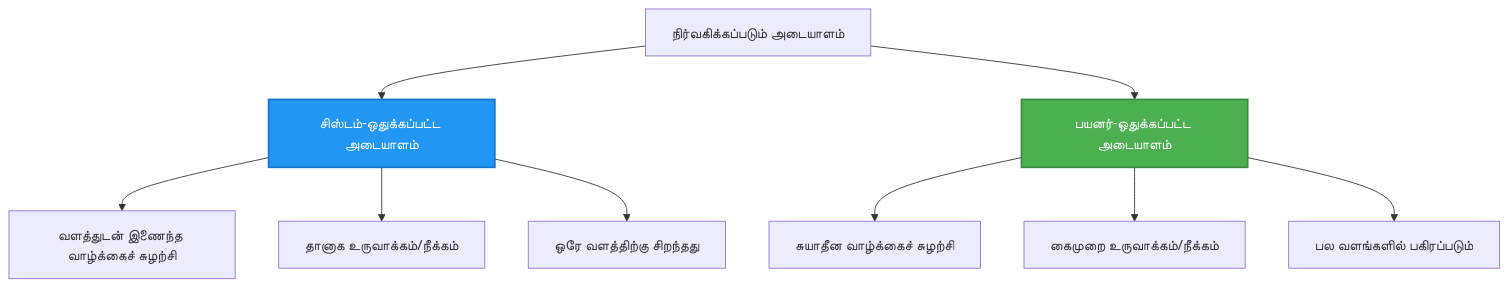
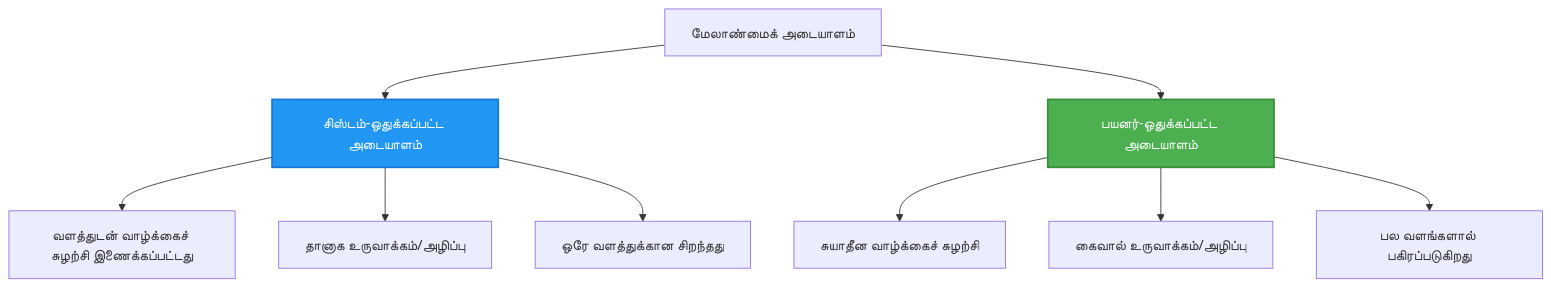
One commit to microsoft/AZD-for-beginners changed the second of 2 diagrams in translations/ta/docs/chapter-03-configuration/authsecurity.md. Above: the diagram before and after it, drawn with Mermaid. The commit also changed other lines of this file and 101 other files, not shown here.

````diff
--- a/translations/ta/docs/chapter-03-configuration/authsecurity.md
+++ b/translations/ta/docs/chapter-03-configuration/authsecurity.md
@@ -97,20 +97,20 @@
 ```mermaid
 graph TB
-    MI[நிர்வகிக்கப்படும் அடையாளம்]
+    MI[மேலாண்மைக் அடையாளம்]
     SystemAssigned[சிஸ்டம்-ஒதுக்கப்பட்ட அடையாளம்]
     UserAssigned[பயனர்-ஒதுக்கப்பட்ட அடையாளம்]
     
     MI --> SystemAssigned
     MI --> UserAssigned
     
-    SystemAssigned --> SA1[வளத்துடன் இணைந்த வாழ்க்கைச் சுழற்சி]
-    SystemAssigned --> SA2[தானாக உருவாக்கம்/நீக்கம்]
-    SystemAssigned --> SA3[ஒரே வளத்திற்கு சிறந்தது]
+    SystemAssigned --> SA1[வளத்துடன் வாழ்க்கைச் சுழற்சி இணைக்கப்பட்டது]
+    SystemAssigned --> SA2[தானாக உருவாக்கம்/அழிப்பு]
+    SystemAssigned --> SA3[ஒரே வளத்துக்கான சிறந்தது]
     
     UserAssigned --> UA1[சுயாதீன வாழ்க்கைச் சுழற்சி]
-    UserAssigned --> UA2[கைமுறை உருவாக்கம்/நீக்கம்]
-    UserAssigned --> UA3[பல வளங்களில் பகிரப்படும்]
+    UserAssigned --> UA2[கைவால் உருவாக்கம்/அழிப்பு]
+    UserAssigned --> UA3[பல வளங்களால் பகிரப்படுகிறது]
     
     style SystemAssigned fill:#2196F3,stroke:#1976D2,stroke-width:2px,color:#fff
     style UserAssigned fill:#4CAF50,stroke:#388E3C,stroke-width:2px,color:#fff
 ```
````
